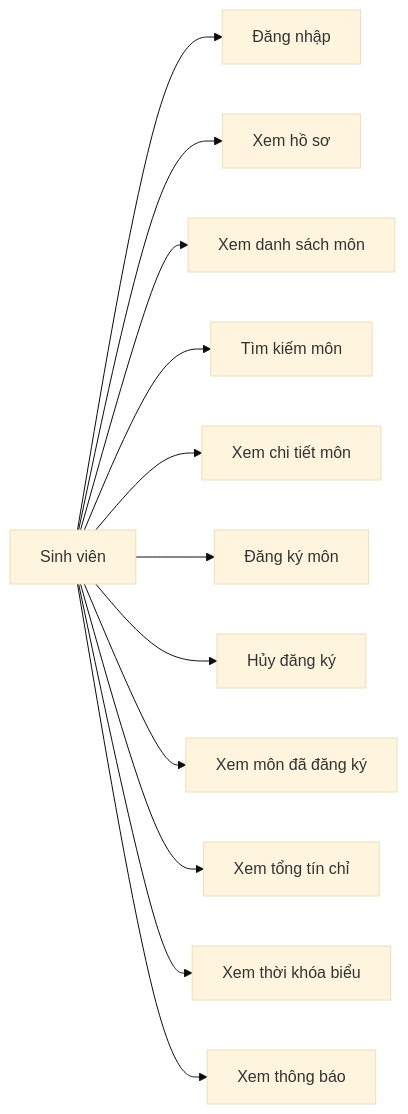
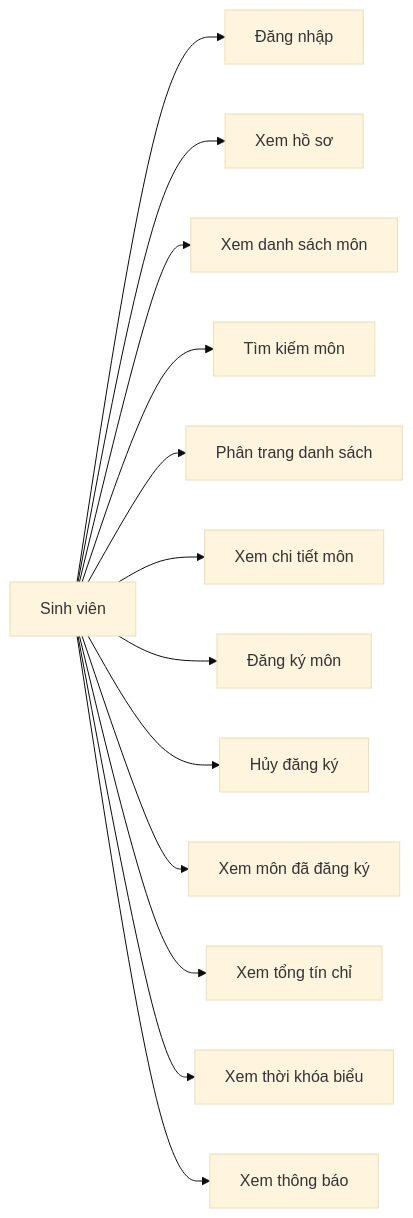
Before and after one commit to Shuuma4869/He-thong-dang-ki-mon-cho-sinh-vien-dai-hoc: the diagram in ho-so-nop-bai/use-case/use-case-tong-the.md, drawn with Mermaid (base theme). The commit also changed 41 other files, not shown here.

````diff
--- a/ho-so-nop-bai/use-case/use-case-tong-the.md
+++ b/ho-so-nop-bai/use-case/use-case-tong-the.md
@@ -3,27 +3,29 @@
 ```mermaid
 flowchart LR
   Student["Sinh viên"]
   Login["Đăng nhập"]
   Profile["Xem hồ sơ"]
   CourseList["Xem danh sách môn"]
   Search["Tìm kiếm môn"]
+  Pagination["Phân trang danh sách"]
   Detail["Xem chi tiết môn"]
   Register["Đăng ký môn"]
   Cancel["Hủy đăng ký"]
   Registered["Xem môn đã đăng ký"]
   Credits["Xem tổng tín chỉ"]
   Timetable["Xem thời khóa biểu"]
   Notifications["Xem thông báo"]
 
   Student --> Login
   Student --> Profile
   Student --> CourseList
   Student --> Search
+  Student --> Pagination
   Student --> Detail
   Student --> Register
   Student --> Cancel
   Student --> Registered
   Student --> Credits
   Student --> Timetable
   Student --> Notifications
 ```
````
